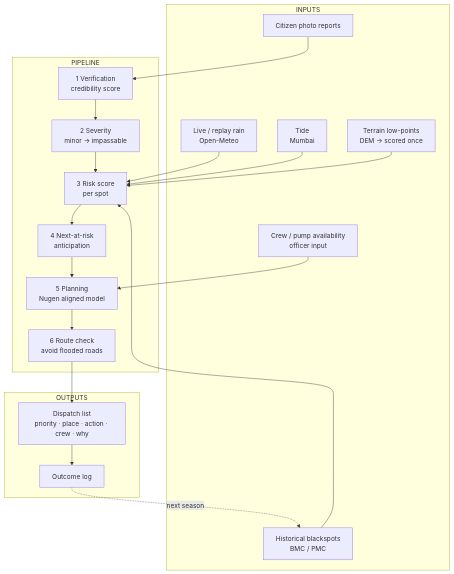
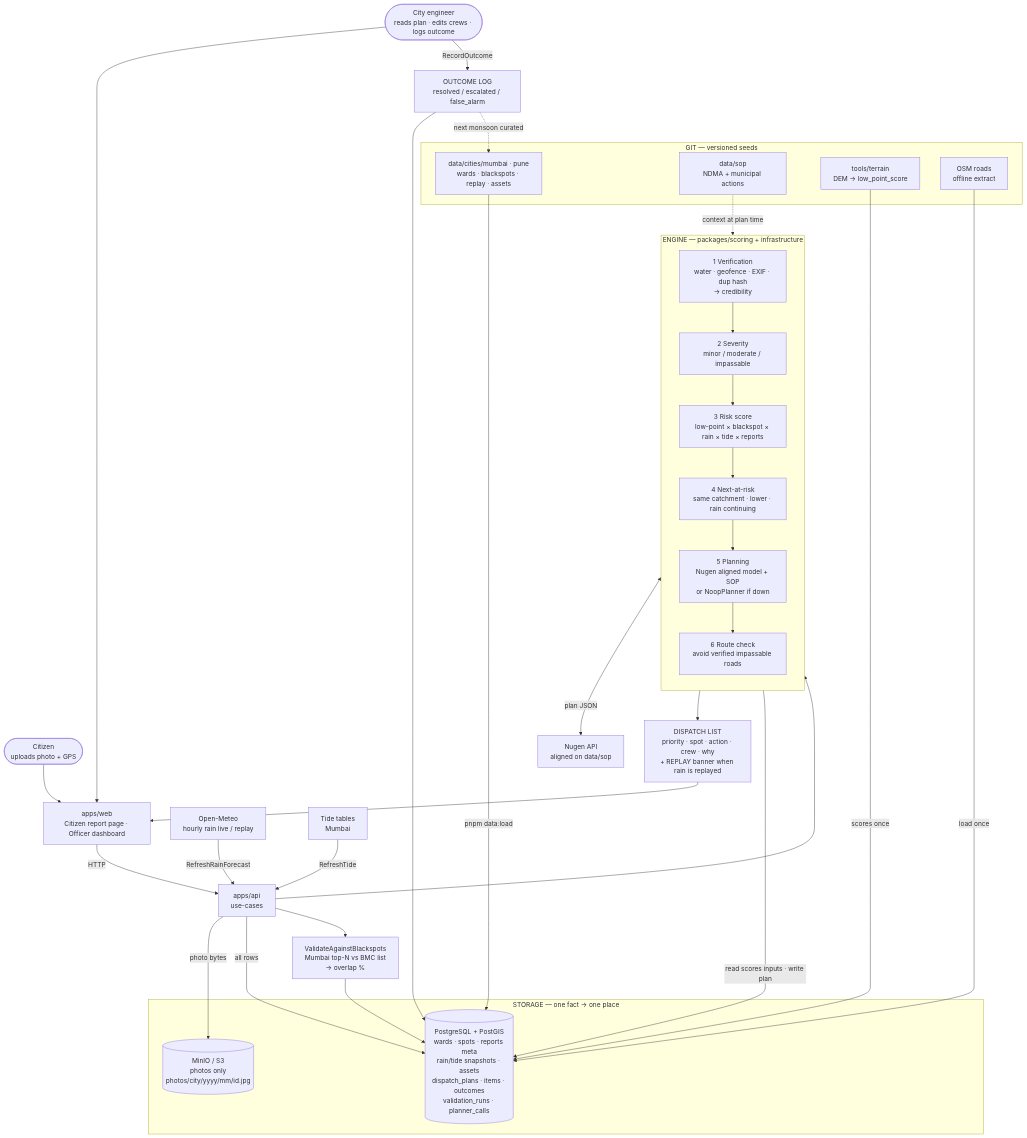
One commit to makwanashivang081-coder/floodops changed the diagram in docs/00-full-architecture.md. Above: the diagram before and after it, drawn with Mermaid. The commit also changed other lines of this file, not shown here.

Commit message:
Collapse architecture into one end-to-end flowchart

````diff
--- a/docs/00-full-architecture.md
+++ b/docs/00-full-architecture.md
@@ -53,35 +13,77 @@
 ```mermaid
 flowchart TB
-    subgraph IN["INPUTS"]
-        R[Live / replay rain<br/>Open-Meteo]
-        T[Tide<br/>Mumbai]
-        G[Terrain low-points<br/>DEM → scored once]
-        H[Historical blackspots<br/>BMC / PMC]
-        P[Citizen photo reports]
-        A[Crew / pump availability<br/>officer input]
+    %% ── ACTORS ──
+    CITIZEN([Citizen<br/>uploads photo + GPS])
+    OFFICER([City engineer<br/>reads plan · edits crews · logs outcome])
+
+    %% ── APPS ──
+    WEB[apps/web<br/>Citizen report page · Officer dashboard]
+
+    CITIZEN --> WEB
+    OFFICER --> WEB
+
+    %% ── API + ENGINE ──
+    API[apps/api<br/>use-cases]
+
+    WEB -->|HTTP| API
+
+    subgraph ENGINE["ENGINE — packages/scoring + infrastructure"]
+        direction TB
+        V[1 Verification<br/>water · geofence · EXIF · dup hash<br/>→ credibility]
+        S[2 Severity<br/>minor / moderate / impassable]
+        K[3 Risk score<br/>low-point × blackspot × rain × tide × reports]
+        N[4 Next-at-risk<br/>same catchment · lower · rain continuing]
+        L[5 Planning<br/>Nugen aligned model + SOP<br/>or NoopPlanner if down]
+        U[6 Route check<br/>avoid verified impassable roads]
+        V --> S --> K --> N --> L --> U
     end
 
-    subgraph PIPE["PIPELINE"]
-        V[1 Verification<br/>credibility score]
-        S[2 Severity<br/>minor → impassable]
-        K[3 Risk score<br/>per spot]
-        N[4 Next-at-risk<br/>anticipation]
-        L[5 Planning<br/>Nugen aligned model]
-        U[6 Route check<br/>avoid flooded roads]
+    API --> ENGINE
+
+    %% ── EXTERNAL LIVE INPUTS ──
+    OM[Open-Meteo<br/>hourly rain live / replay]
+    TIDE[Tide tables<br/>Mumbai]
+    NUGEN[Nugen API<br/>aligned on data/sop]
+
+    OM -->|RefreshRainForecast| API
+    TIDE -->|RefreshTide| API
+    L <-->|plan JSON| NUGEN
+
+    %% ── STATIC SEEDS → DB ──
+    subgraph GIT["GIT — versioned seeds"]
+        SEED[data/cities/mumbai · pune<br/>wards · blackspots · replay · assets]
+        SOP[data/sop<br/>NDMA + municipal actions]
+        DEM[tools/terrain<br/>DEM → low_point_score]
+        OSM[OSM roads<br/>offline extract]
     end
 
-    subgraph OUT["OUTPUTS"]
-        D[Dispatch list<br/>priority · place · action · crew · why]
-        O[Outcome log]
+    %% ── THREE STORES ──
+    subgraph STORES["STORAGE — one fact → one place"]
+        PG[(PostgreSQL + PostGIS<br/>wards · spots · reports meta<br/>rain/tide snapshots · assets<br/>dispatch_plans · items · outcomes<br/>validation_runs · planner_calls)]
+        OBJ[(MinIO / S3<br/>photos only<br/>photos/city/yyyy/mm/id.jpg)]
     end
 
-    P --> V --> S --> K
-    R --> K
-    T --> K
-    G --> K
-    H --> K
-    K --> N --> L
-    A --> L
-    L --> U --> D --> O
-    O -.next season.-> H
+    SEED -->|pnpm data:load| PG
+    DEM -->|scores once| PG
+    OSM -->|load once| PG
+    SOP -.->|context at plan time| L
+
+    API -->|photo bytes| OBJ
+    API -->|all rows| PG
+    ENGINE -->|read scores inputs · write plan| PG
+
+    %% ── OUTPUT ──
+    OUT[DISPATCH LIST<br/>priority · spot · action · crew · why<br/>+ REPLAY banner when rain is replayed]
+    LOG[OUTCOME LOG<br/>resolved / escalated / false_alarm]
+
+    U --> OUT
+    OUT --> WEB
+    OFFICER -->|RecordOutcome| LOG
+    LOG --> PG
+    LOG -.next monsoon curated.-> SEED
+
+    %% ── VALIDATION SIDE PATH ──
+    VAL[ValidateAgainstBlackspots<br/>Mumbai top-N vs BMC list<br/>→ overlap %]
+    API --> VAL
+    VAL --> PG
 ```
````
